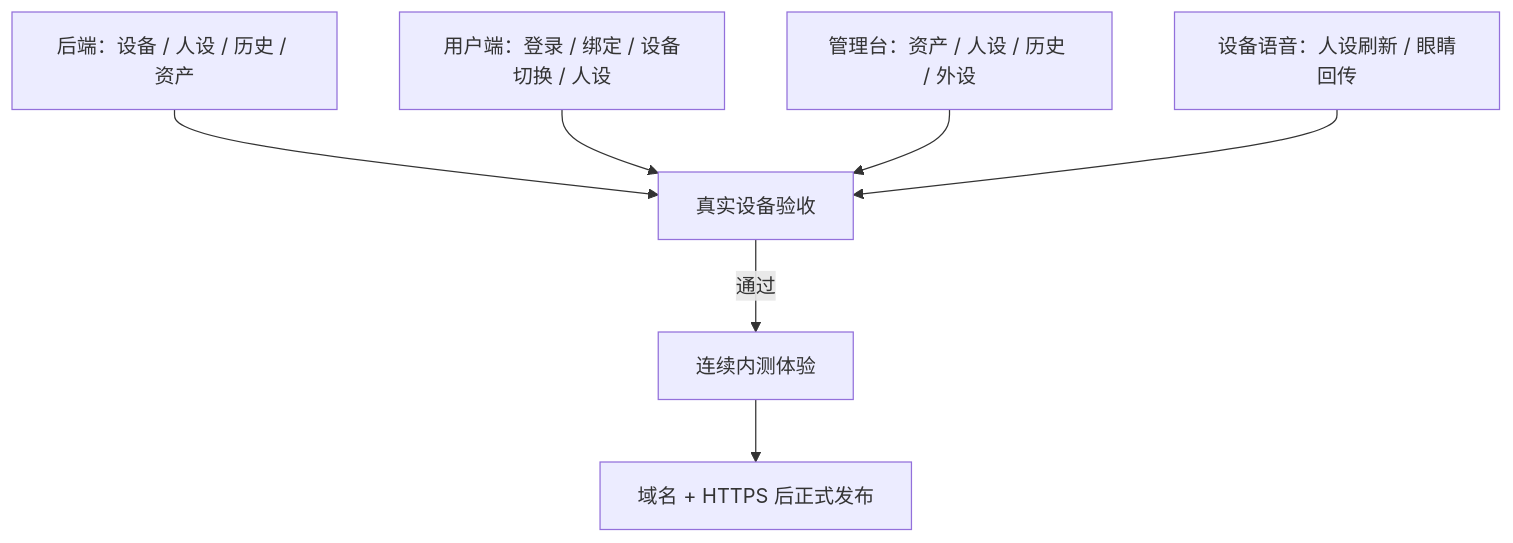
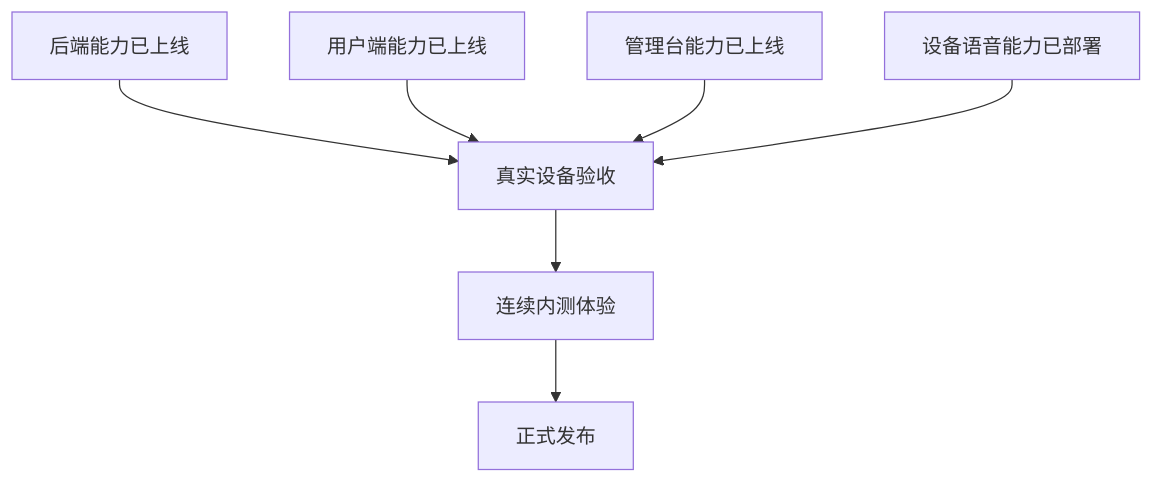
One commit to ckmx-zkp/work_dashboard changed the second of 3 diagrams in AI-Pet项目全景与进度.md. Above: the diagram before and after it, drawn with Mermaid.

Commit message:
fix: 兼容 Mermaid 交付地图渲染

````diff
--- a/AI-Pet项目全景与进度.md
+++ b/AI-Pet项目全景与进度.md
@@ -39,9 +39,9 @@
 ```mermaid
 flowchart TB
-    BE["后端：设备 / 人设 / 历史 / 资产"] --> CHECK["真实设备验收"]
-    APP["用户端：登录 / 绑定 / 设备切换 / 人设"] --> CHECK
-    ADMIN["管理台：资产 / 人设 / 历史 / 外设"] --> CHECK
-    VOICE["设备语音：人设刷新 / 眼睛回传"] --> CHECK
-    CHECK -->|"通过"| PILOT["连续内测体验"]
-    PILOT --> RELEASE["域名 + HTTPS 后正式发布"]
+    BE["后端能力已上线"] --> CHECK["真实设备验收"]
+    APP["用户端能力已上线"] --> CHECK
+    ADMIN["管理台能力已上线"] --> CHECK
+    VOICE["设备语音能力已部署"] --> CHECK
+    CHECK --> PILOT["连续内测体验"]
+    PILOT --> RELEASE["正式发布"]
 ```
````
